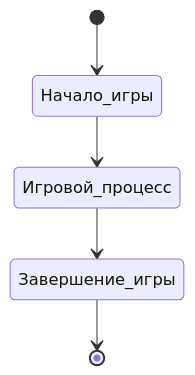
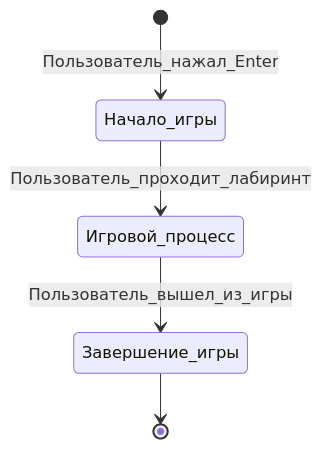
Before and after one commit to ArinaTolpa/Lab1.2: the fourth of 7 diagrams in docs/functions.md, drawn with Mermaid. The commit also changed other lines of this file, not shown here.

````diff
--- a/docs/functions.md
+++ b/docs/functions.md
@@ -59,7 +59,7 @@
 ```mermaid
 stateDiagram
-    [*] --> Начало_игры
-    Начало_игры --> Игровой_процесс
-    Игровой_процесс --> Завершение_игры
+    [*] --> Начало_игры: Пользователь_нажал_Enter
+    Начало_игры --> Игровой_процесс: Пользователь_проходит_лабиринт
+    Игровой_процесс --> Завершение_игры: Пользователь_вышел_из_игры
     Завершение_игры -->[*]
 ```
````
